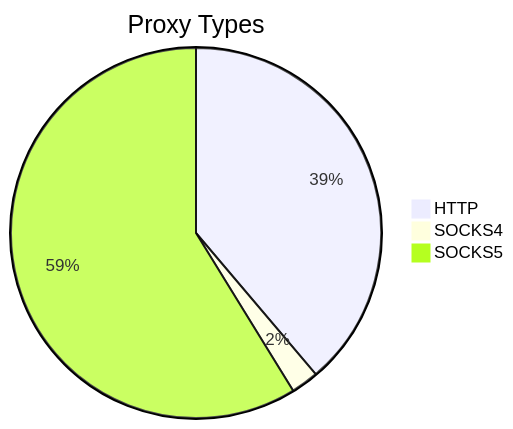
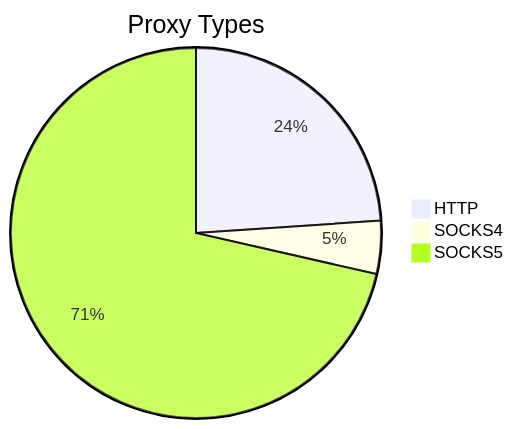
Before and after one commit to stormsia/proxy-list: the first of 2 diagrams in README.md, drawn with Mermaid. The commit also changed other lines of this file, not shown here.

````diff
--- a/README.md
+++ b/README.md
@@ -21,6 +21,6 @@
 ```mermaid
 pie title Proxy Types
-    "HTTP" : 435
-    "SOCKS4" : 27
-    "SOCKS5" : 659
+    "HTTP" : 269
+    "SOCKS4" : 52
+    "SOCKS5" : 803
 ```
````
